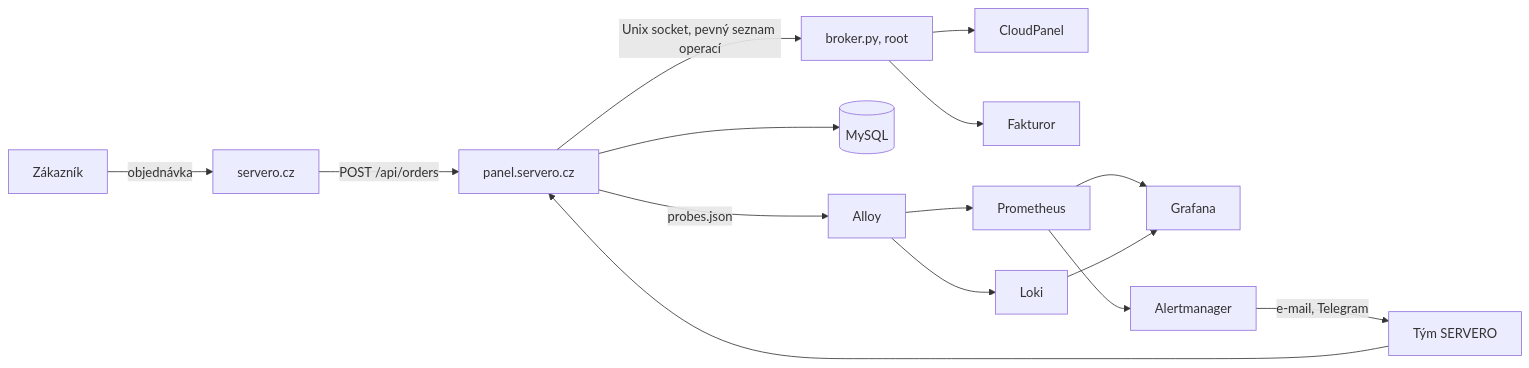
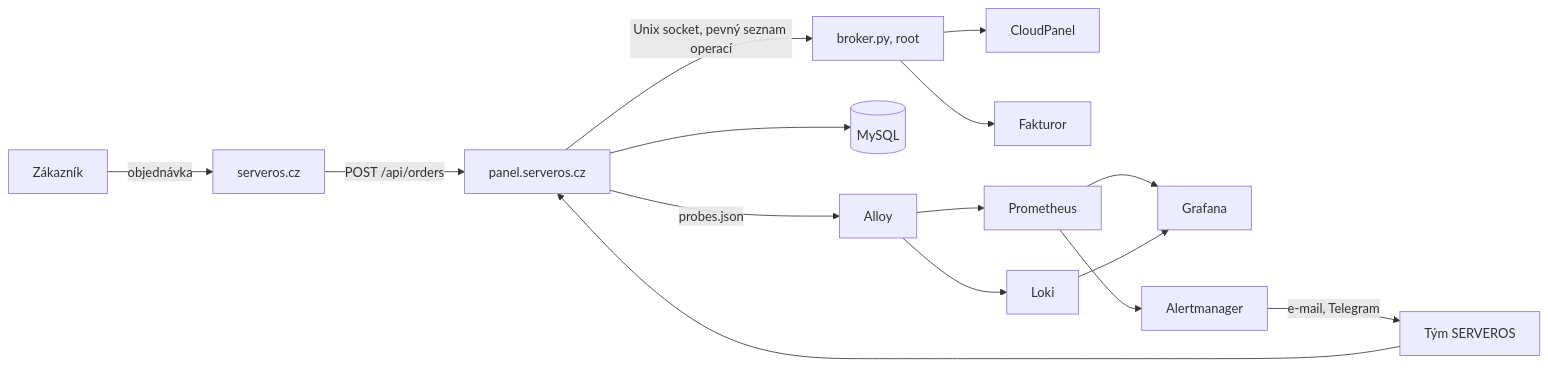
Before and after one commit to kunespe/wedos: the first of 2 diagrams in README.md, drawn with Mermaid. The commit also changed other lines of this file and 96 other files, not shown here.

First line of the commit message:
Rebrand SERVERO to SERVEROS and move to serveros.cz

````diff
--- a/README.md
+++ b/README.md
@@ -17,14 +17,14 @@
 ```mermaid
 flowchart LR
-    zakaznik[Zákazník] -->|objednávka| web[servero.cz]
-    web -->|POST /api/orders| panel[panel.servero.cz]
-    tym[Tým SERVERO] --> panel
+    zakaznik[Zákazník] -->|objednávka| web[serveros.cz]
+    web -->|POST /api/orders| panel[panel.serveros.cz]
+    tym[Tým SERVEROS] --> panel
     panel -->|Unix socket, pevný seznam operací| broker[broker.py, root]
     broker --> cp[CloudPanel]
     broker --> fakturor[Fakturor]
     panel --> mysql[(MySQL)]
     panel -->|probes.json| alloy[Alloy]
     alloy --> prom[Prometheus] --> grafana[Grafana]
     alloy --> loki[Loki] --> grafana
     prom --> am[Alertmanager] -->|e-mail, Telegram| tym
 ```
````
